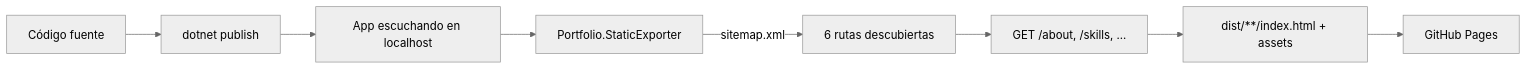
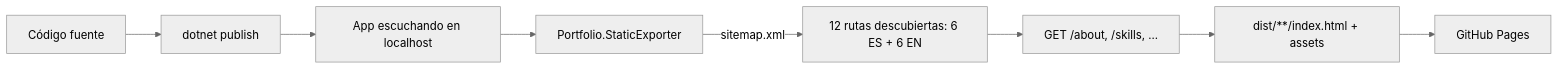
The diagram in src/Portfolio.Web/Documentation/static-rendering.md (jb-coder/Website), drawn with Mermaid (neutral theme) before and after one commit. The commit also changed other lines of this file and 11 other files, not shown here.

````diff
--- a/src/Portfolio.Web/Documentation/static-rendering.md
+++ b/src/Portfolio.Web/Documentation/static-rendering.md
@@ -26,10 +26,10 @@
 ```mermaid
 flowchart LR
     A[Código fuente] --> B[dotnet publish]
     B --> C[App escuchando en localhost]
     C --> D[Portfolio.StaticExporter]
-    D -->|sitemap.xml| E[6 rutas descubiertas]
+    D -->|sitemap.xml| E[12 rutas descubiertas: 6 ES + 6 EN]
     E --> F[GET /about, /skills, ...]
     F --> G[dist/**/index.html + assets]
     G --> H[GitHub Pages]
 ```
````
